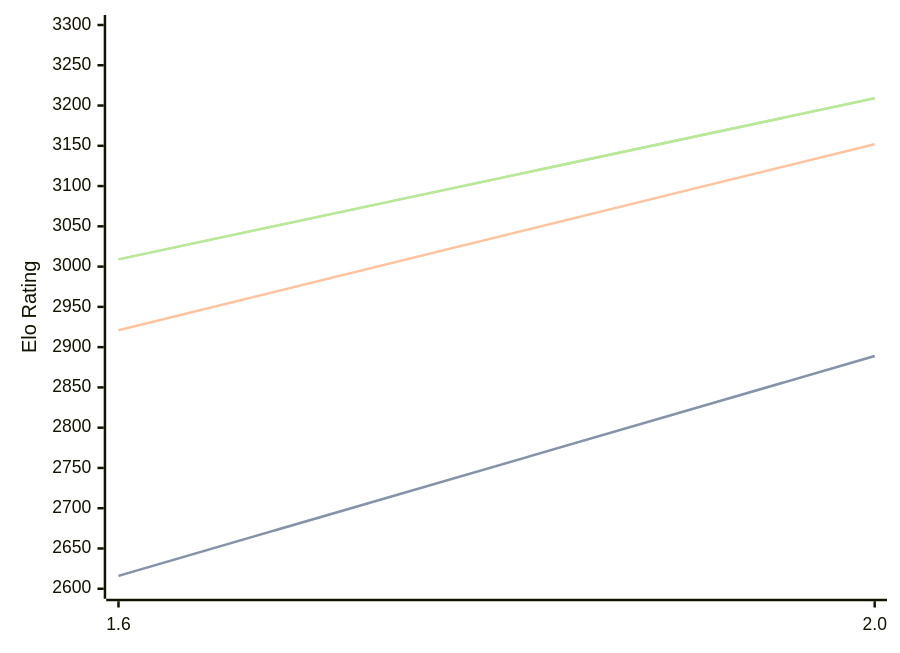
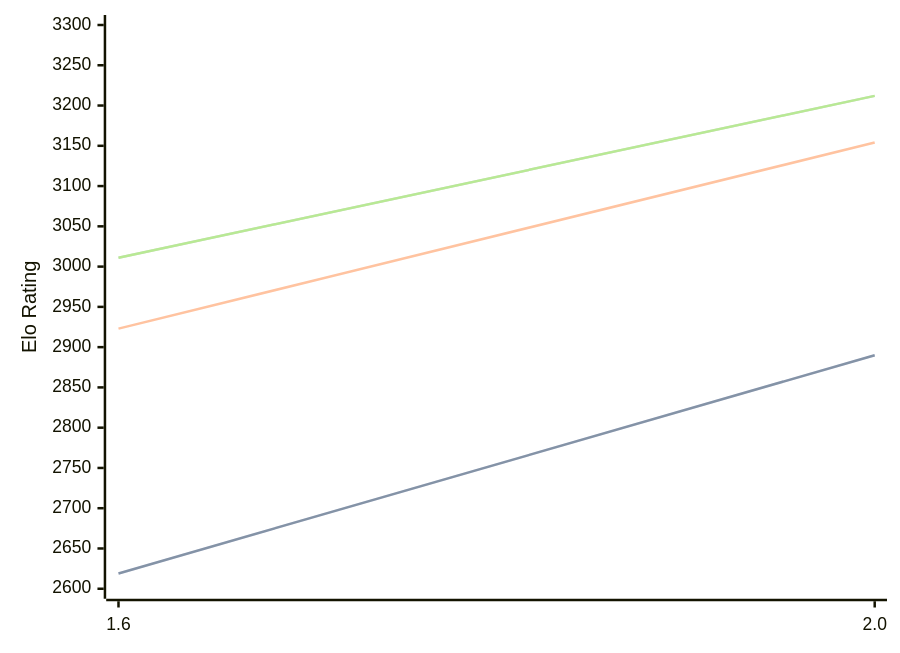
One commit to computer-chess-index/cci changed the diagram in engines/Onyx.md. Above: the diagram before and after it, drawn with Mermaid. The commit also changed other lines of this file, not shown here.

Commit message:
Update CCI Ratings (ELO VLTC) - 2026-08-09

````diff
--- a/engines/Onyx.md
+++ b/engines/Onyx.md
@@ -32,11 +32,11 @@
 ```mermaid
 %%{init: {"theme":"base","themeVariables":{"seriesColors:['#a3a3a3','#222221','#faa371']}}}%%
 xychart-beta
   x-axis ["1.6", "2.0"]
   y-axis "Elo Rating" 2600 --> 3300
-  line "STC (8.0+0.08s)" [2616, 2889]
-  line "STC (8.0+0.08s)" [2616, 2889]
-  line "LTC (60.0+0.60s)" [2921, 3152]
-  line "VLTC (2m24s+1.12s)" [3009, 3209]
-  line "VLTC (2m24s+1.12s)" [3009, 3209]
+  line "STC (8.0+0.08s)" [2619, 2890]
+  line "STC (8.0+0.08s)" [2619, 2890]
+  line "LTC (60.0+0.60s)" [2923, 3154]
+  line "VLTC (2m24s+1.12s)" [3011, 3212]
+  line "VLTC (2m24s+1.12s)" [3011, 3212]
 ```
````
